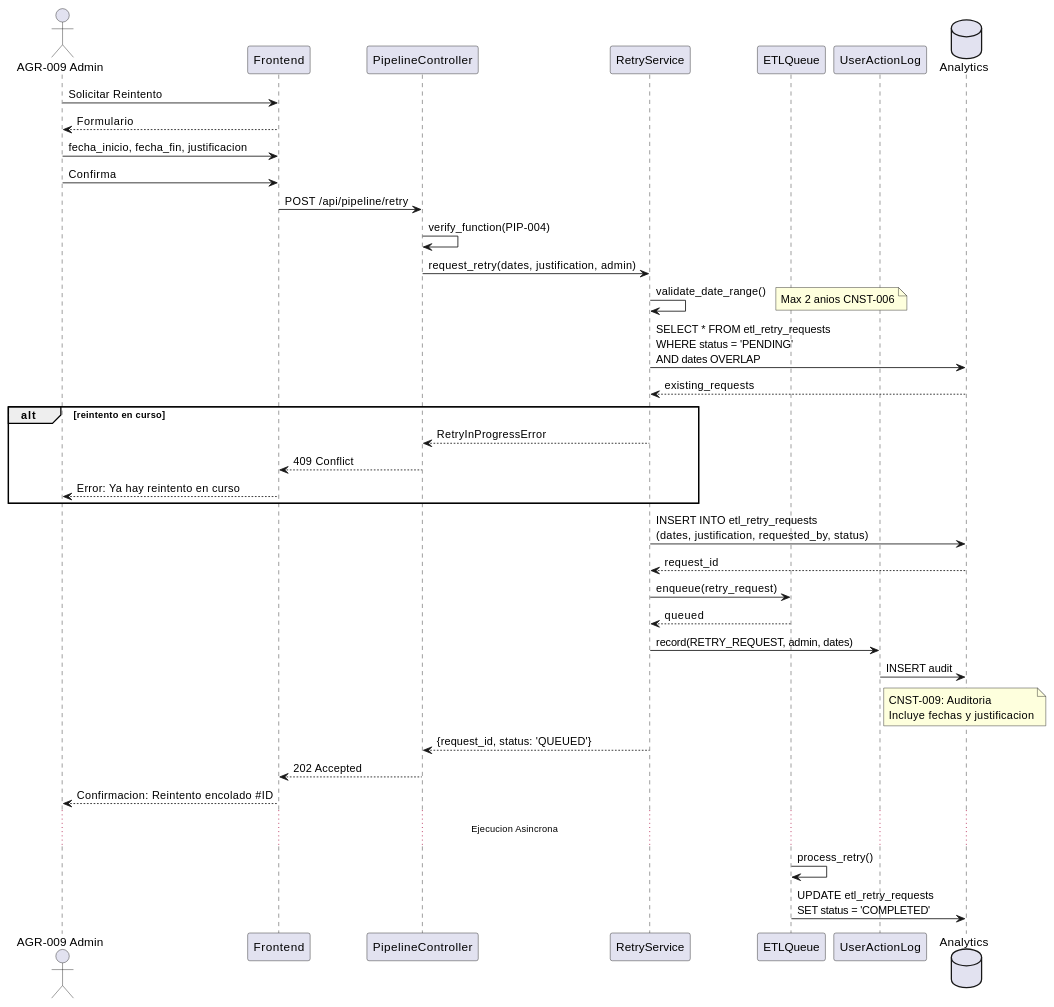
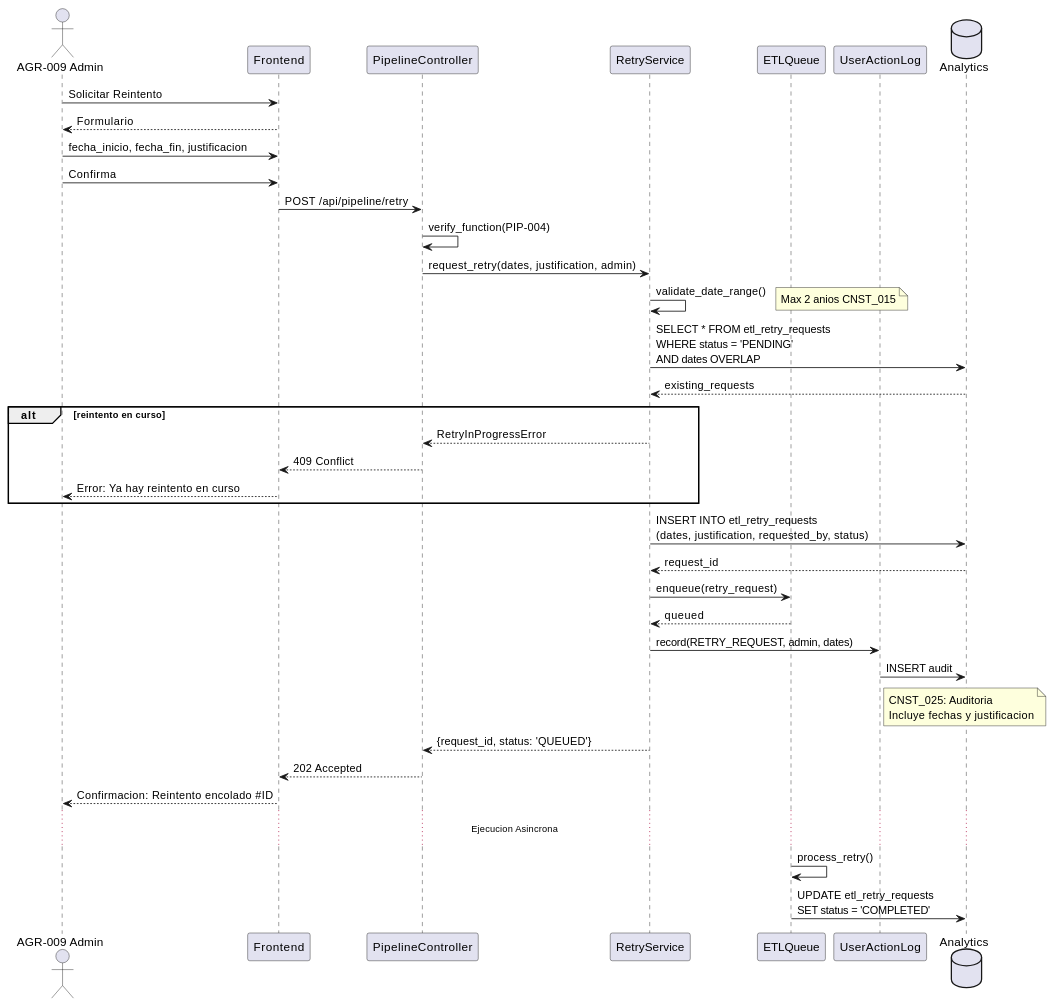
The second of 3 diagrams in source/requisitos/casos_uso/pipeline/UC_PIP_04_Solicitar_Reintento.rst (jcg-admin/IACT-docs), drawn with PlantUML before and after one commit. The commit also changed other lines of this file and 67 other files, not shown here.

```diff
--- a/source/requisitos/casos_uso/pipeline/UC_PIP_04_Solicitar_Reintento.rst
+++ b/source/requisitos/casos_uso/pipeline/UC_PIP_04_Solicitar_Reintento.rst
@@ -180,56 +180,56 @@
 .. uml::
    :caption: Diagrama de Secuencia - UC_PIP_04
 
    @startuml
    actor "AGR-009 Admin" as A
    participant "Frontend" as FE
    participant "PipelineController" as PC
    participant "RetryService" as RS
    participant "ETLQueue" as Q
    participant "UserActionLog" as UAL
    database "Analytics" as DB
 
    A -> FE: Solicitar Reintento
    FE --> A: Formulario
    A -> FE: fecha_inicio, fecha_fin, justificacion
    A -> FE: Confirma
 
    FE -> PC: POST /api/pipeline/retry
    PC -> PC: verify_function(PIP-004)
 
    PC -> RS: request_retry(dates, justification, admin)
 
    RS -> RS: validate_date_range()
-   note right: Max 2 anios CNST-006
+   note right: Max 2 anios CNST_015
 
    RS -> DB: SELECT * FROM etl_retry_requests\nWHERE status = 'PENDING'\nAND dates OVERLAP
    DB --> RS: existing_requests
 
    alt reintento en curso
      RS --> PC: RetryInProgressError
      PC --> FE: 409 Conflict
      FE --> A: Error: Ya hay reintento en curso
    end
 
    RS -> DB: INSERT INTO etl_retry_requests\n(dates, justification, requested_by, status)
    DB --> RS: request_id
 
    RS -> Q: enqueue(retry_request)
    Q --> RS: queued
 
    RS -> UAL: record(RETRY_REQUEST, admin, dates)
    UAL -> DB: INSERT audit
    note right of UAL
-     CNST-009: Auditoria
+     CNST_025: Auditoria
      Incluye fechas y justificacion
    end note
 
    RS --> PC: {request_id, status: 'QUEUED'}
    PC --> FE: 202 Accepted
    FE --> A: Confirmacion: Reintento encolado #ID
 
    ... Ejecucion Asincrona ...
 
    Q -> Q: process_retry()
    Q -> DB: UPDATE etl_retry_requests\nSET status = 'COMPLETED'
    @enduml
```
